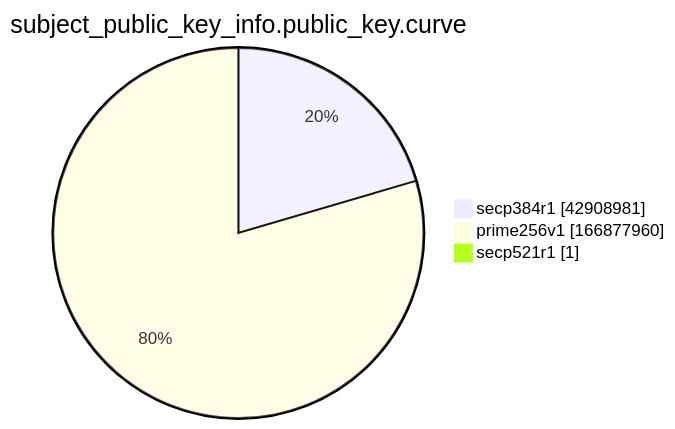
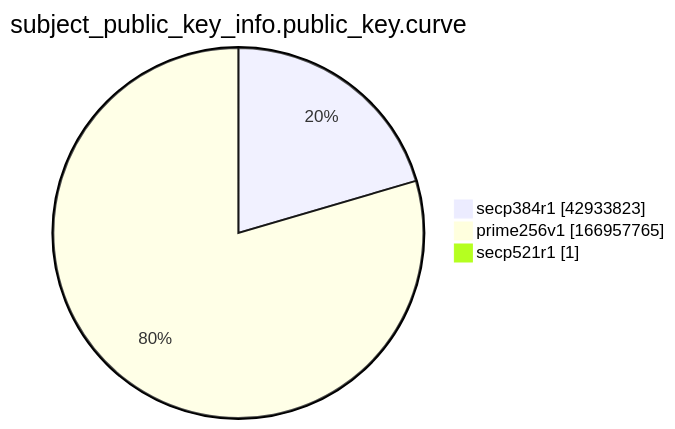
One commit to christiankrug/ctmonitor_visualization changed the ninth of 15 diagrams in xenon2022/README.md. Above: the diagram before and after it, drawn with Mermaid. The commit also changed other lines of this file, not shown here.

````diff
--- a/xenon2022/README.md
+++ b/xenon2022/README.md
@@ -2869,7 +2869,7 @@
 ```mermaid
 pie showData
 title subject_public_key_info.public_key.curve
-"secp384r1" :42908981
-"prime256v1" :166877960
+"secp384r1" :42933823
+"prime256v1" :166957765
 "secp521r1" :1
 ```
````
